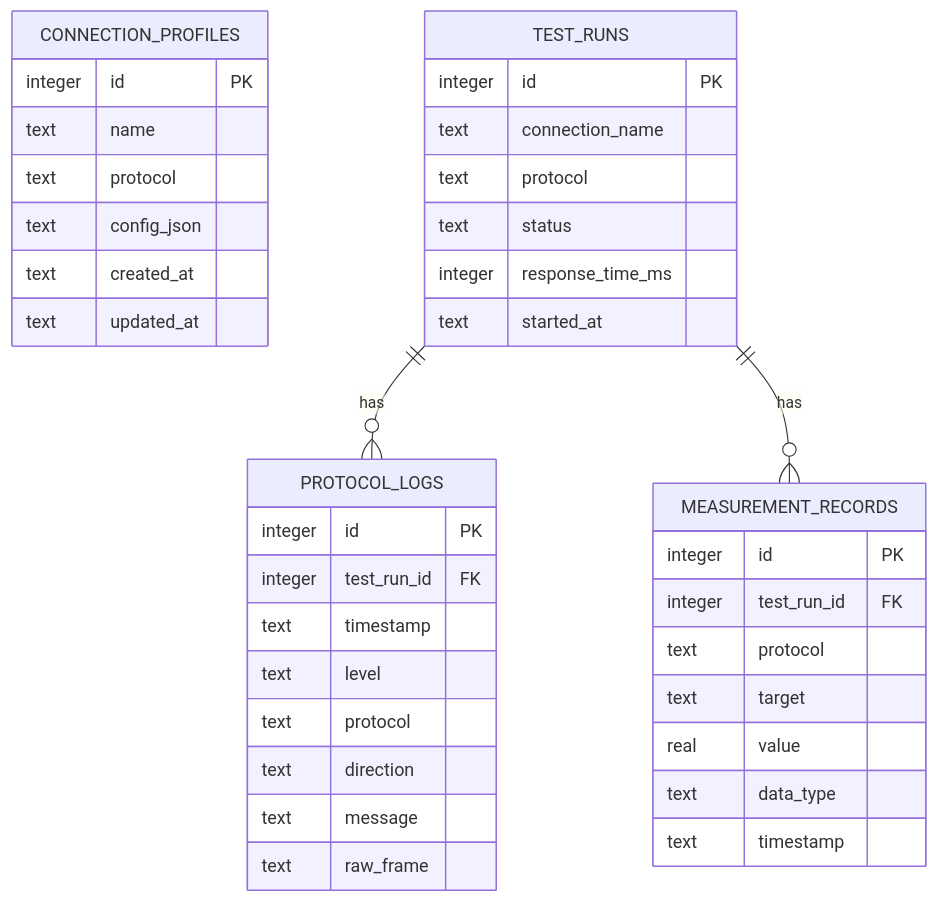
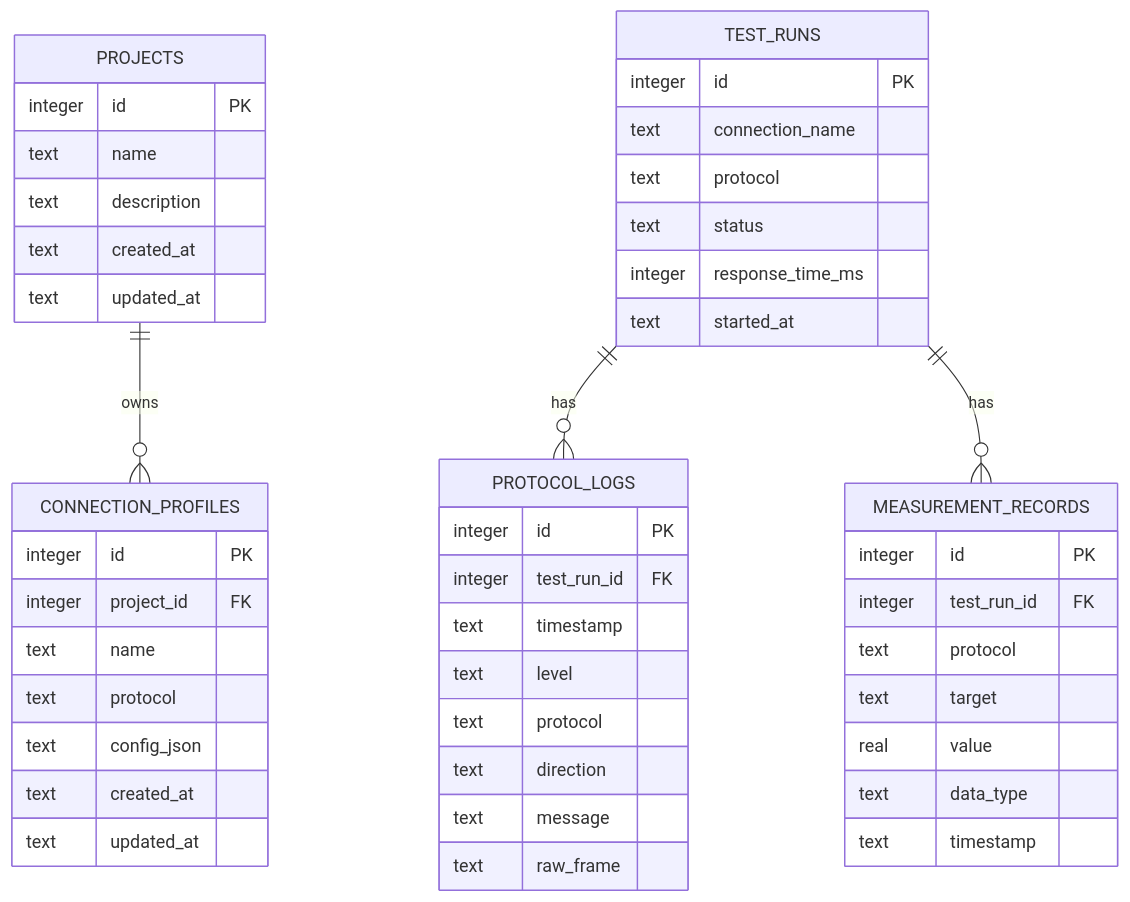
Before and after one commit to Hwara/aio-icpt: the second of 2 diagrams in docs/baseline/data-model.md, drawn with Mermaid. The commit also changed other lines of this file and 13 other files, not shown here.

````diff
--- a/docs/baseline/data-model.md
+++ b/docs/baseline/data-model.md
@@ -217,44 +217,54 @@
 ```mermaid
 erDiagram
+  PROJECTS {
+    integer id PK
+    text name
+    text description
+    text created_at
+    text updated_at
+  }
+
   CONNECTION_PROFILES {
     integer id PK
+    integer project_id FK
     text name
     text protocol
     text config_json
     text created_at
     text updated_at
   }
 
   TEST_RUNS {
     integer id PK
     text connection_name
     text protocol
     text status
     integer response_time_ms
     text started_at
   }
 
   PROTOCOL_LOGS {
     integer id PK
     integer test_run_id FK
     text timestamp
     text level
     text protocol
     text direction
     text message
     text raw_frame
   }
 
   MEASUREMENT_RECORDS {
     integer id PK
     integer test_run_id FK
     text protocol
     text target
     real value
     text data_type
     text timestamp
   }
 
+  PROJECTS ||--o{ CONNECTION_PROFILES : owns
   TEST_RUNS ||--o{ PROTOCOL_LOGS : has
   TEST_RUNS ||--o{ MEASUREMENT_RECORDS : has
 ```
````
